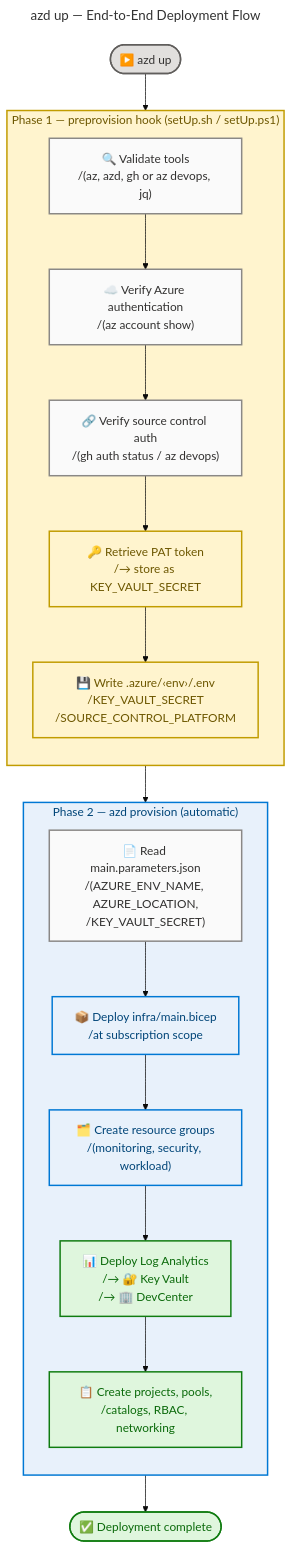
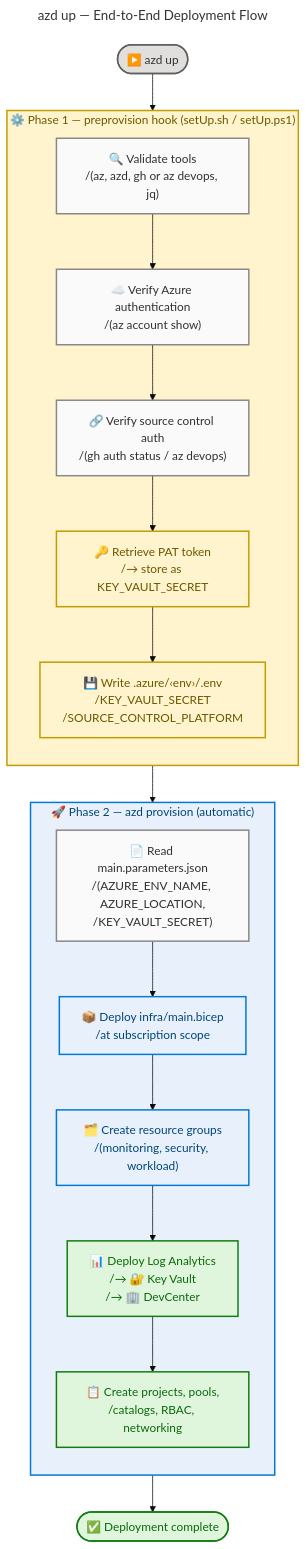
The second of 2 diagrams in README.md (Evilazaro/DevExp-DevBox), drawn with Mermaid before and after one commit. The commit also changed other lines of this file, not shown here.

Commit message:
docs: enhance flowchart in README.md with color documentation and improved phase labels

````diff
--- a/README.md
+++ b/README.md
@@ -249,64 +258,71 @@
 ```mermaid
 ---
 title: "azd up — End-to-End Deployment Flow"
 config:
   theme: base
   look: classic
   layout: dagre
   themeVariables:
     fontSize: '16px'
   flowchart:
     htmlLabels: true
 ---
 flowchart TD
     accTitle: azd up deployment flow
     accDescr: Shows the two-phase deployment process — preprovision setup followed by Bicep infrastructure provisioning
 
     %% ═══════════════════════════════════════════════════════════════════════════
     %% AZURE / FLUENT ARCHITECTURE PATTERN v1.1
     %% (Semantic + Structural + Font + Accessibility Governance)
     %% ═══════════════════════════════════════════════════════════════════════════
     %% PHASE 1 - STRUCTURAL: Direction explicit, flat topology, nesting ≤ 3
     %% PHASE 2 - SEMANTIC: Colors justified, max 5 semantic classes, neutral-first
     %% PHASE 3 - FONT: Dark text on light backgrounds, contrast ≥ 4.5:1
     %% PHASE 4 - ACCESSIBILITY: accTitle/accDescr present, icons on all nodes
     %% PHASE 5 - STANDARD: Governance block present, classDefs centralized
     %% ═══════════════════════════════════════════════════════════════════════════
 
+    %% COLOR DOCUMENTATION
+    %% core (#E1DFDD) — Entry/exit nodes (azd up command)
+    %% success (#DFF6DD) — Completed deployment stages
+    %% warning (#FFF4CE) — Security-sensitive operations (PAT, secrets)
+    %% data (#E8F1FB) — Infrastructure deployment operations
+    %% neutral (#FAFAFA) — Validation and read operations
+
     start(["▶️ azd up"]):::core --> phase1
 
-    subgraph phase1["Phase 1 — preprovision hook (setUp.sh / setUp.ps1)"]
+    subgraph phase1["⚙️ Phase 1 — preprovision hook (setUp.sh / setUp.ps1)"]
         direction TB
         step1["🔍 Validate tools<br>/(az, azd, gh or az devops, jq)"]:::neutral
         step2["☁️ Verify Azure authentication<br>/(az account show)"]:::neutral
         step3["🔗 Verify source control auth<br>/(gh auth status / az devops)"]:::neutral
         step4["🔑 Retrieve PAT token<br>/→ store as KEY_VAULT_SECRET"]:::warning
         step5["💾 Write .azure/‹env›/.env<br>/KEY_VAULT_SECRET<br>/SOURCE_CONTROL_PLATFORM"]:::warning
 
         step1 --> step2 --> step3 --> step4 --> step5
     end
 
     phase1 --> phase2
 
-    subgraph phase2["Phase 2 — azd provision (automatic)"]
+    subgraph phase2["🚀 Phase 2 — azd provision (automatic)"]
         direction TB
         prov1["📄 Read main.parameters.json<br>/(AZURE_ENV_NAME, AZURE_LOCATION,<br>/KEY_VAULT_SECRET)"]:::neutral
         prov2["📦 Deploy infra/main.bicep<br>/at subscription scope"]:::data
         prov3["🗂️ Create resource groups<br>/(monitoring, security, workload)"]:::data
         prov4["📊 Deploy Log Analytics<br>/→ 🔐 Key Vault<br>/→ 🏢 DevCenter"]:::success
         prov5["📋 Create projects, pools,<br>/catalogs, RBAC, networking"]:::success
 
         prov1 --> prov2 --> prov3 --> prov4 --> prov5
     end
 
     prov5 --> done(["✅ Deployment complete"]):::success
 
     style phase1 fill:#FFF4CE,stroke:#C19C00,stroke-width:2px,color:#6D5700
     style phase2 fill:#E8F1FB,stroke:#0078D4,stroke-width:2px,color:#004578
 
     classDef core fill:#E1DFDD,stroke:#605E5C,stroke-width:2px,color:#323130
     classDef success fill:#DFF6DD,stroke:#107C10,stroke-width:2px,color:#0B6A0B
     classDef warning fill:#FFF4CE,stroke:#C19C00,stroke-width:2px,color:#6D5700
     classDef data fill:#E8F1FB,stroke:#0078D4,stroke-width:2px,color:#004578
     classDef neutral fill:#FAFAFA,stroke:#8A8886,stroke-width:2px,color:#323130
 ```
````
